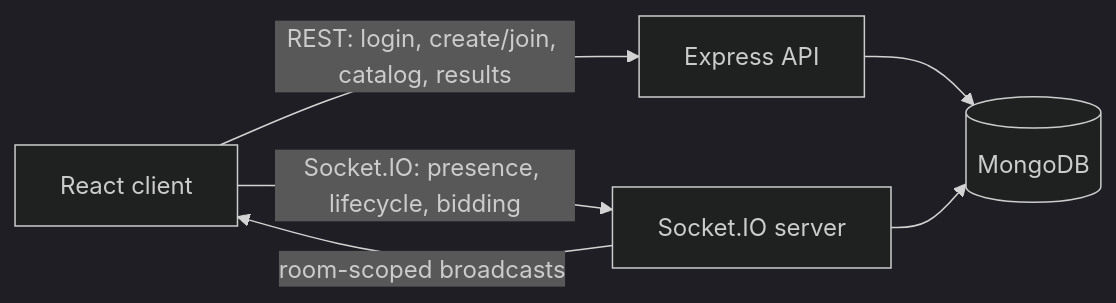
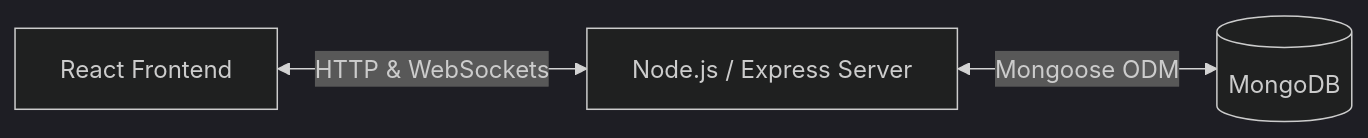
Before and after one commit to 2arnav4/AuctionHub: the diagram in README.md, drawn with Mermaid (dark theme). The commit also changed other lines of this file and 9 other files, not shown here.

````diff
--- a/README.md
+++ b/README.md
@@ -70,8 +34,5 @@
 ```mermaid
 flowchart LR
-  C["React client"] -->|"REST: login, create/join, catalog, results"| A["Express API"]
-  C -->|"Socket.IO: presence, lifecycle, bidding"| S["Socket.IO server"]
-  A --> D[("MongoDB")]
-  S --> D
-  S -->|"room-scoped broadcasts"| C
+  Client["React Frontend"] <-->|"HTTP & WebSockets"| Server["Node.js / Express Server"]
+  Server <-->|"Mongoose ODM"| Database[("MongoDB")]
 ```
````
